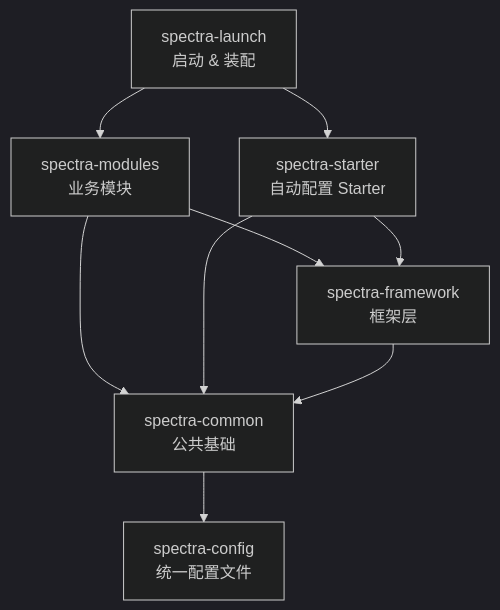
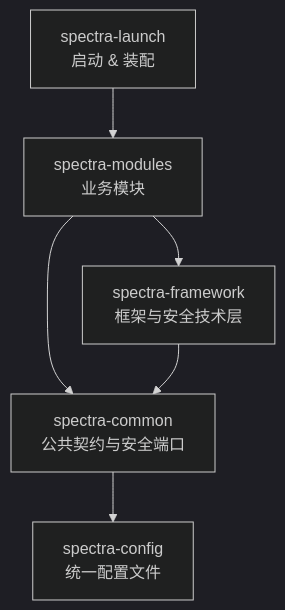
Before and after one commit to yangxj96/spectra-docs: the diagram in docs/10-后端/10-架构分层.md, drawn with Mermaid (dark theme). The commit also changed other lines of this file and 9 other files, not shown here.

````diff
--- a/docs/10-后端/10-架构分层.md
+++ b/docs/10-后端/10-架构分层.md
@@ -13,18 +13,14 @@
 ```mermaid
 graph TB
     LAUNCH["spectra-launch<br/>启动 & 装配"]
-    STARTER["spectra-starter<br/>自动配置 Starter"]
     MODULES["spectra-modules<br/>业务模块"]
-    FW["spectra-framework<br/>框架层"]
-    COMMON["spectra-common<br/>公共基础"]
+    FW["spectra-framework<br/>框架与安全技术层"]
+    COMMON["spectra-common<br/>公共契约与安全端口"]
     CONFIG["spectra-config<br/>统一配置文件"]
 
     LAUNCH --> MODULES
-    LAUNCH --> STARTER
     MODULES --> FW
     MODULES --> COMMON
-    STARTER --> FW
-    STARTER --> COMMON
     FW --> COMMON
     COMMON --> CONFIG
 ```
````
